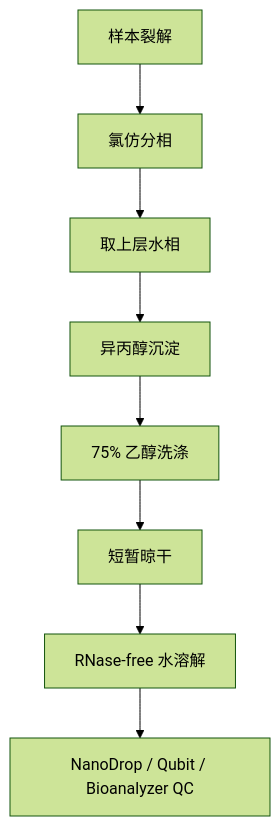
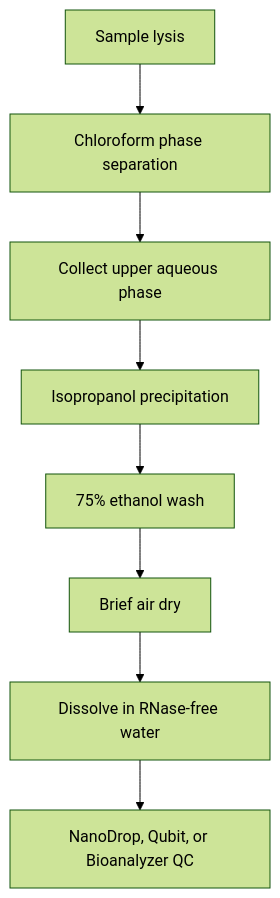
One commit to Echo-nannan/rt-qpcr-protocol-guide changed the diagram in docs/02-rna-extraction.md. Above: the diagram before and after it, drawn with Mermaid (forest theme). The commit also changed other lines of this file and 26 other files, not shown here.

````diff
--- a/docs/02-rna-extraction.md
+++ b/docs/02-rna-extraction.md
@@ -9,10 +9,10 @@
 ```mermaid
 flowchart TD
-    A["样本裂解"] --> B["氯仿分相"]
-    B --> C["取上层水相"]
-    C --> D["异丙醇沉淀"]
-    D --> E["75% 乙醇洗涤"]
-    E --> F["短暂晾干"]
-    F --> G["RNase-free 水溶解"]
-    G --> H["NanoDrop / Qubit / Bioanalyzer QC"]
+    A["Sample lysis"] --> B["Chloroform phase separation"]
+    B --> C["Collect upper aqueous phase"]
+    C --> D["Isopropanol precipitation"]
+    D --> E["75% ethanol wash"]
+    E --> F["Brief air dry"]
+    F --> G["Dissolve in RNase-free water"]
+    G --> H["NanoDrop, Qubit, or Bioanalyzer QC"]
 ```
````
